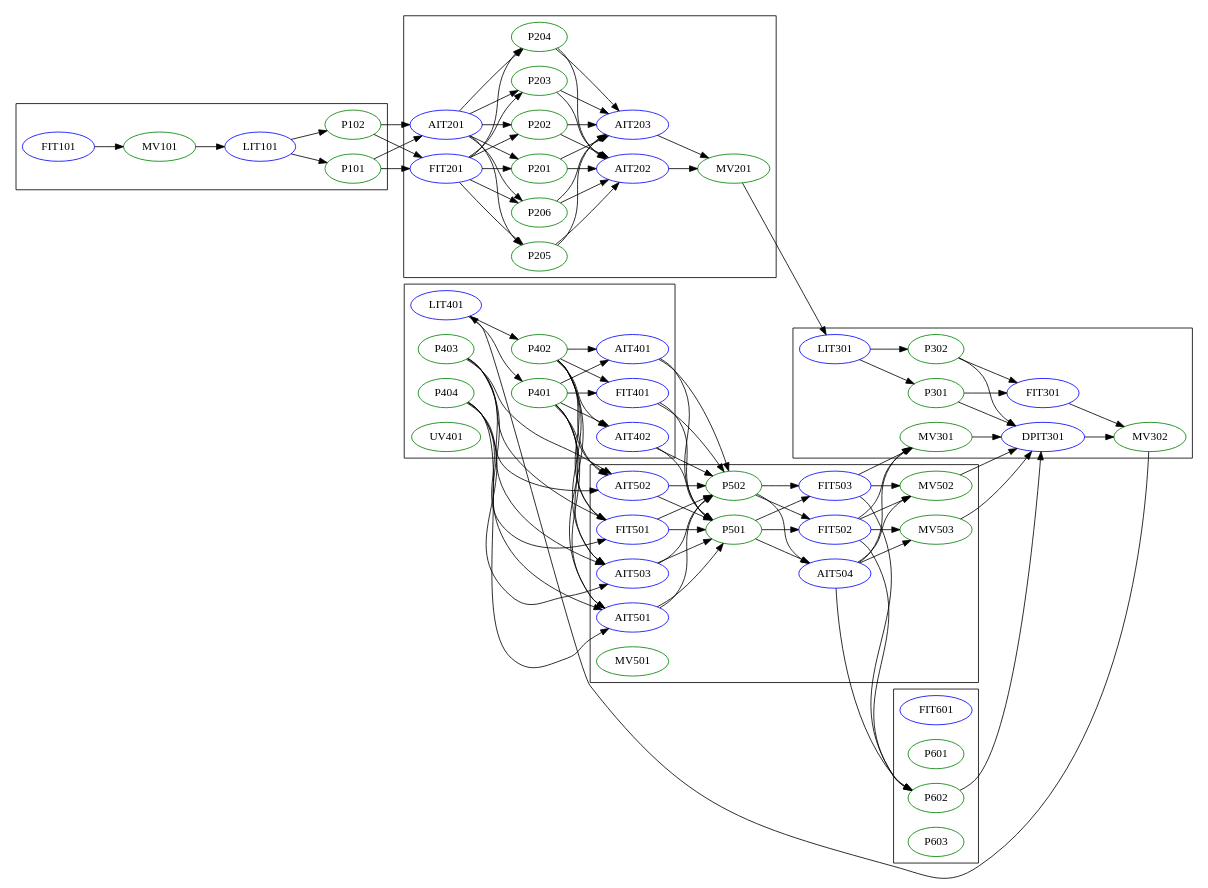
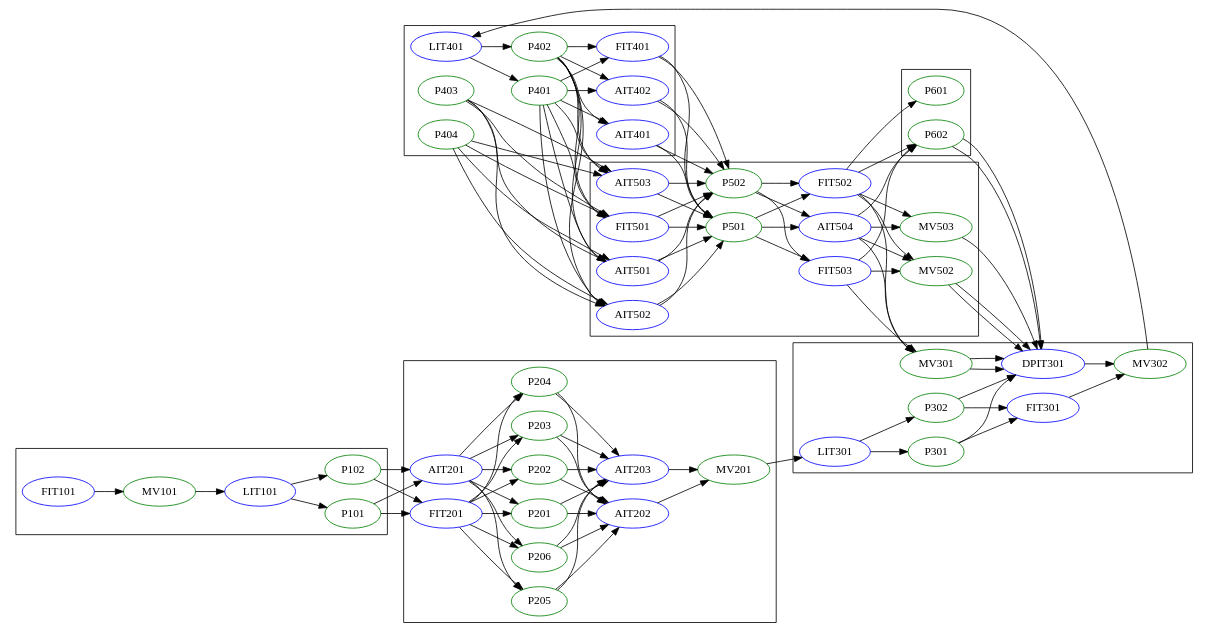
The diagram in flow_raw.dot (CITCOM-project/causal-cut-replication), drawn with Graphviz before and after one commit. The commit also changed 1 other file, not shown here.

Commit message:
Removed spurious nodes from flow

```diff
--- a/flow_raw.dot
+++ b/flow_raw.dot
@@ -1,172 +1,210 @@
-/* Generated by the Midget translator*/
-/* Version 0.0 not yet released */
-
-digraph dag{
-  rankdir = "LR";
-
-  subgraph cluster_1 {
-    FIT101[type = "sensor" color = "blue"];
-    MV101[type = "actuator" color = "green"];
-    LIT101[type = "sensor" color = "blue"];
-    P101[type = "actuator" color = "green"];
-    P102[type = "actuator" color = "green"];
-  }
-  subgraph cluster_2 {
-    AIT201[type = "sensor" color = "blue"];
-    AIT202[type = "sensor" color = "blue"];
-    AIT203[type = "sensor" color = "blue"];
-    FIT201[type = "sensor" color = "blue"];
-    MV201[type = "actuator" color = "green"];
-    P201[type = "actuator" color = "green"];
-    P202[type = "actuator" color = "green"];
-    P203[type = "actuator" color = "green"];
-    P204[type = "actuator" color = "green"];
-    P205[type = "actuator" color = "green"];
-    P206[type = "actuator" color = "green"];
-  }
-  subgraph cluster_3 {
-    DPIT301[type = "sensor" color = "blue"];
-    FIT301[type = "sensor" color = "blue"];
-    LIT301[type = "sensor" color = "blue"];
-    MV302[type = "actuator" color = "green"];
-    MV301[type = "actuator" color = "green"];
-    P301[type = "actuator" color = "green"];
-    P302[type = "actuator" color = "green"];
-  }
-  subgraph cluster_4 {
-    AIT401[type = "sensor" color = "blue"];
-    AIT402[type = "sensor" color = "blue"];
-    FIT401[type = "sensor" color = "blue"];
-    LIT401[type = "sensor" color = "blue"];
-    P401[type = "actuator" color = "green"];
-    P402[type = "actuator" color = "green"];
-    P403[type = "actuator" color = "green"];
-    P404[type = "actuator" color = "green"];
-    UV401[type = "actuator" color = "green"];
-  }
-  subgraph cluster_5 {
-    AIT501[type = "sensor" color = "blue"];
-    AIT502[type = "sensor" color = "blue"];
-    AIT503[type = "sensor" color = "blue"];
-    AIT504[type = "sensor" color = "blue"];
-    FIT501[type = "sensor" color = "blue"];
-    FIT502[type = "sensor" color = "blue"];
-    FIT503[type = "sensor" color = "blue"];
-    P501[type = "actuator" color = "green"];
-    P502[type = "actuator" color = "green"];
-    MV501[type = "actuator" color = "green"];
-    MV502[type = "actuator" color = "green"];
-    MV503[type = "actuator" color = "green"];
-  }
-  subgraph cluster_6 {
-    FIT601[type = "sensor" color = "blue"];
-    P601[type = "actuator" color = "green"];
-    P602[type = "actuator" color = "green"];
-    P603[type = "actuator" color = "green"];
-  }
-
-  AIT201 -> P201;
-  AIT201 -> P202;
-  AIT201 -> P203;
-  AIT201 -> P204;
-  AIT201 -> P205;
-  AIT201 -> P206;
-  AIT202 -> MV201;
-  AIT203 -> MV201;
-  AIT401 -> P501;
-  AIT401 -> P502;
-  AIT402 -> P501;
-  AIT402 -> P502;
-  AIT501 -> P501;
-  AIT501 -> P502;
-  AIT502 -> P501;
-  AIT502 -> P502;
-  AIT503 -> P501;
-  AIT503 -> P502;
-  AIT504 -> MV503;
-  AIT504 -> MV502;
-  AIT504 -> P602;
-  AIT504 -> MV301;
-  DPIT301 -> MV302;
-  FIT101 -> MV101;
-  FIT201 -> P201;
-  FIT201 -> P202;
-  FIT201 -> P203;
-  FIT201 -> P204;
-  FIT201 -> P205;
-  FIT201 -> P206;
-  FIT301 -> MV302;
-  FIT401 -> P501;
-  FIT401 -> P502;
-  FIT501 -> P501;
-  FIT501 -> P502;
-  FIT502 -> MV503;
-  FIT502 -> MV502;
-  FIT502 -> P602;
-  FIT502 -> MV301;
-  FIT503 -> MV502;
-  FIT503 -> P602;
-  FIT503 -> MV301;
-  LIT101 -> P101;
-  LIT101 -> P102;
-  LIT301 -> P301;
-  LIT301 -> P302;
-  LIT401 -> P401;
-  LIT401 -> P402;
-  MV101 -> LIT101;
-  MV201 -> LIT301;
-  MV301 -> DPIT301;
-  MV302 -> LIT401;
-  MV502 -> DPIT301;
-  MV503 -> DPIT301;
-  P101 -> FIT201;
-  P101 -> AIT201;
-  P102 -> FIT201;
-  P102 -> AIT201;
-  P201 -> AIT202;
-  P201 -> AIT203;
-  P202 -> AIT202;
-  P202 -> AIT203;
-  P203 -> AIT202;
-  P203 -> AIT203;
-  P204 -> AIT202;
-  P204 -> AIT203;
-  P205 -> AIT202;
-  P205 -> AIT203;
-  P206 -> AIT202;
-  P206 -> AIT203;
-  P301 -> FIT301;
-  P301 -> DPIT301;
-  P302 -> FIT301;
-  P302 -> DPIT301;
-  P401 -> AIT401;
-  P401 -> FIT401;
-  P401 -> AIT402;
-  P401 -> AIT501;
-  P401 -> AIT502;
-  P401 -> AIT503;
-  P401 -> FIT501;
-  P402 -> AIT401;
-  P402 -> FIT401;
-  P402 -> AIT402;
-  P402 -> AIT501;
-  P402 -> AIT502;
-  P402 -> AIT503;
-  P402 -> FIT501;
-  P403 -> AIT501;
-  P403 -> AIT502;
-  P403 -> AIT503;
-  P403 -> FIT501;
-  P404 -> AIT501;
-  P404 -> AIT502;
-  P404 -> AIT503;
-  P404 -> FIT501;
-  P501 -> AIT504;
-  P501 -> FIT502;
-  P501 -> FIT503;
-  P502 -> AIT504;
-  P502 -> FIT502;
-  P502 -> FIT503;
-  P602 -> DPIT301;
-
+digraph dag {
+	graph [rankdir=LR];
+	subgraph cluster_4 {
+		AIT401	[color=blue,
+			type=sensor];
+		AIT402	[color=blue,
+			type=sensor];
+		FIT401	[color=blue,
+			type=sensor];
+		LIT401	[color=blue,
+			type=sensor];
+		P401	[color=green,
+			type=actuator];
+		P402	[color=green,
+			type=actuator];
+		P403	[color=green,
+			type=actuator];
+		P404	[color=green,
+			type=actuator];
+	}
+	subgraph cluster_5 {
+		AIT501	[color=blue,
+			type=sensor];
+		AIT502	[color=blue,
+			type=sensor];
+		AIT503	[color=blue,
+			type=sensor];
+		AIT504	[color=blue,
+			type=sensor];
+		FIT501	[color=blue,
+			type=sensor];
+		FIT502	[color=blue,
+			type=sensor];
+		FIT503	[color=blue,
+			type=sensor];
+		P501	[color=green,
+			type=actuator];
+		P502	[color=green,
+			type=actuator];
+		MV502	[color=green,
+			type=actuator];
+		MV503	[color=green,
+			type=actuator];
+	}
+	subgraph cluster_3 {
+		DPIT301	[color=blue,
+			type=sensor];
+		FIT301	[color=blue,
+			type=sensor];
+		LIT301	[color=blue,
+			type=sensor];
+		MV302	[color=green,
+			type=actuator];
+		MV301	[color=green,
+			type=actuator];
+		P301	[color=green,
+			type=actuator];
+		P302	[color=green,
+			type=actuator];
+	}
+	subgraph cluster_6 {
+		P601	[color=green,
+			type=actuator];
+		P602	[color=green,
+			type=actuator];
+	}
+	subgraph cluster_2 {
+		AIT201	[color=blue,
+			type=sensor];
+		AIT202	[color=blue,
+			type=sensor];
+		AIT203	[color=blue,
+			type=sensor];
+		FIT201	[color=blue,
+			type=sensor];
+		MV201	[color=green,
+			type=actuator];
+		P201	[color=green,
+			type=actuator];
+		P202	[color=green,
+			type=actuator];
+		P203	[color=green,
+			type=actuator];
+		P204	[color=green,
+			type=actuator];
+		P205	[color=green,
+			type=actuator];
+		P206	[color=green,
+			type=actuator];
+	}
+	subgraph cluster_1 {
+		FIT101	[color=blue,
+			type=sensor];
+		MV101	[color=green,
+			type=actuator];
+		LIT101	[color=blue,
+			type=sensor];
+		P101	[color=green,
+			type=actuator];
+		P102	[color=green,
+			type=actuator];
+	}
+	FIT101 -> MV101;
+	MV101 -> LIT101;
+	LIT101 -> P101;
+	LIT101 -> P102;
+	P101 -> AIT201;
+	P101 -> FIT201;
+	P102 -> AIT201;
+	P102 -> FIT201;
+	AIT201 -> P201;
+	AIT201 -> P202;
+	AIT201 -> P203;
+	AIT201 -> P204;
+	AIT201 -> P205;
+	AIT201 -> P206;
+	AIT202 -> MV201;
+	AIT203 -> MV201;
+	FIT201 -> P201;
+	FIT201 -> P202;
+	FIT201 -> P203;
+	FIT201 -> P204;
+	FIT201 -> P205;
+	FIT201 -> P206;
+	MV201 -> LIT301;
+	P201 -> AIT202;
+	P201 -> AIT203;
+	P202 -> AIT202;
+	P202 -> AIT203;
+	P203 -> AIT202;
+	P203 -> AIT203;
+	P204 -> AIT202;
+	P204 -> AIT203;
+	P205 -> AIT202;
+	P205 -> AIT203;
+	P206 -> AIT202;
+	P206 -> AIT203;
+	DPIT301 -> MV302;
+	FIT301 -> MV302;
+	LIT301 -> P301;
+	LIT301 -> P302;
+	MV302 -> LIT401;
+	MV301 -> DPIT301;
+	MV301 -> DPIT301;
+	P301 -> DPIT301;
+	P301 -> FIT301;
+	P302 -> DPIT301;
+	P302 -> FIT301;
+	AIT401 -> P501;
+	AIT401 -> P502;
+	AIT402 -> P501;
+	AIT402 -> P502;
+	FIT401 -> P501;
+	FIT401 -> P502;
+	LIT401 -> P401;
+	LIT401 -> P402;
+	P401 -> AIT401;
+	P401 -> AIT402;
+	P401 -> FIT401;
+	P401 -> AIT501;
+	P401 -> AIT502;
+	P401 -> AIT503;
+	P401 -> FIT501;
+	P402 -> AIT401;
+	P402 -> AIT402;
+	P402 -> FIT401;
+	P402 -> AIT501;
+	P402 -> AIT502;
+	P402 -> AIT503;
+	P402 -> FIT501;
+	P403 -> AIT501;
+	P403 -> AIT502;
+	P403 -> AIT503;
+	P403 -> FIT501;
+	P404 -> AIT501;
+	P404 -> AIT502;
+	P404 -> AIT503;
+	P404 -> FIT501;
+	AIT501 -> P501;
+	AIT501 -> P502;
+	AIT502 -> P501;
+	AIT502 -> P502;
+	AIT503 -> P501;
+	AIT503 -> P502;
+	AIT504 -> MV301;
+	AIT504 -> MV502;
+	AIT504 -> MV503;
+	AIT504 -> P602;
+	FIT501 -> P501;
+	FIT501 -> P502;
+	FIT502 -> MV301;
+	FIT502 -> MV502;
+	FIT502 -> MV503;
+	FIT502 -> P601;
+	FIT502 -> P602;
+	FIT503 -> MV301;
+	FIT503 -> MV502;
+	FIT503 -> P602;
+	P501 -> AIT504;
+	P501 -> FIT502;
+	P501 -> FIT503;
+	P502 -> AIT504;
+	P502 -> FIT502;
+	P502 -> FIT503;
+	MV502 -> DPIT301;
+	MV502 -> DPIT301;
+	MV503 -> DPIT301;
+	P602 -> DPIT301;
+	P602 -> DPIT301;
 }
```
